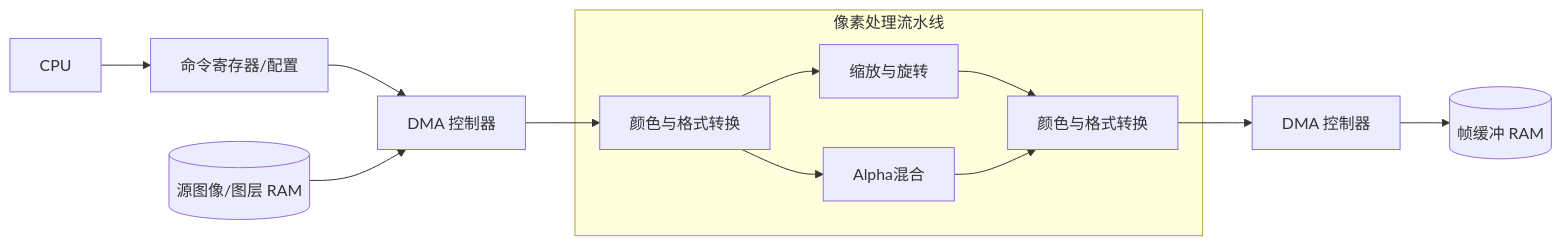
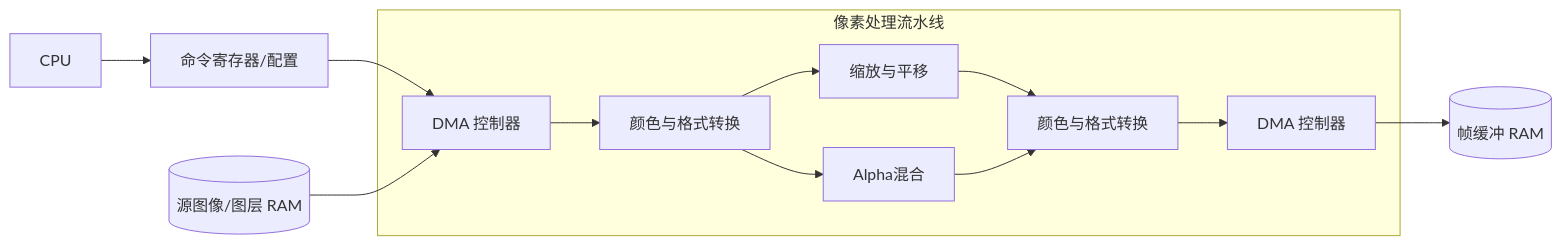
The first of 4 diagrams in doc/pages/hardware/2d-vs-3d-gpu.md (realmcu/display_wiki), drawn with Mermaid before and after one commit. The commit also changed other lines of this file and 2 other files, not shown here.

````diff
--- a/doc/pages/hardware/2d-vs-3d-gpu.md
+++ b/doc/pages/hardware/2d-vs-3d-gpu.md
@@ -195,15 +177,15 @@
 ```{mermaid}
 flowchart LR
   CPU[CPU] --> REG[命令寄存器/配置]
   REG --> DMA[DMA 控制器]
   SRC[(源图像/图层 RAM)] --> DMA
-  DMA --> CSC[颜色与格式转换]
   subgraph 像素处理流水线
-    CSC --> SCALE[缩放与旋转]
+    DMA --> CSC[颜色与格式转换]
+    CSC --> SCALE[缩放与平移]
     CSC --> BLEND[Alpha混合]
     SCALE --> CSC2[颜色与格式转换]
     BLEND --> CSC2[颜色与格式转换]
+    CSC2 --> DMA2[DMA 控制器]
   end
-  CSC2 --> DMA2[DMA 控制器]
   DMA2 --> FB[(帧缓冲 RAM)]
 ```
````
